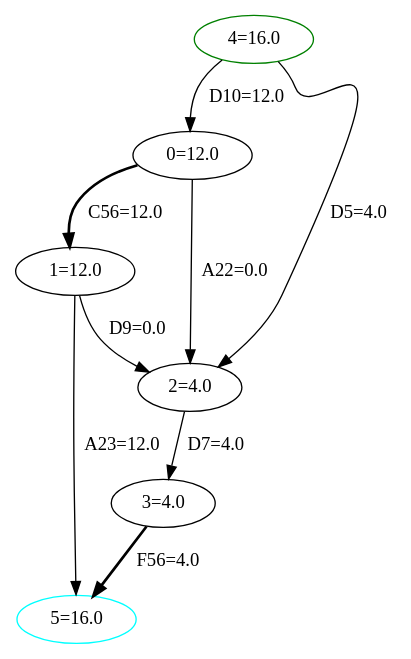
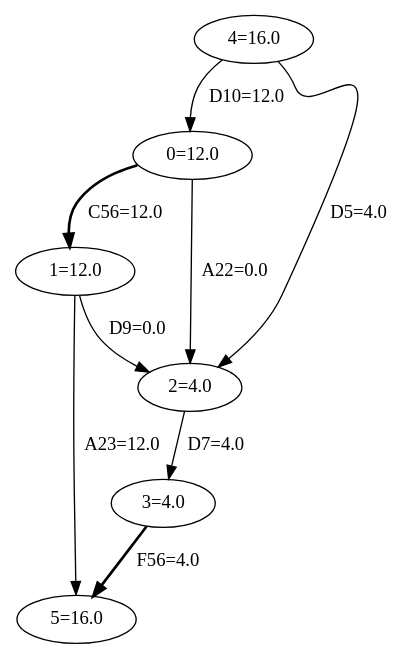
The diagram in java/EjemplosDeGrafos/ficheros/max_flow3_solution.gv (migueltoro/ada_v2_18), drawn with Graphviz before and after one commit. The commit also changed 4 other files, not shown here.

```diff
--- a/java/EjemplosDeGrafos/ficheros/max_flow3_solution.gv
+++ b/java/EjemplosDeGrafos/ficheros/max_flow3_solution.gv
@@ -1,16 +1,16 @@
 strict digraph G {
-  1 [ color="blank" label="0=12.0" ];
-  2 [ color="blank" label="1=12.0" ];
-  3 [ color="blank" label="2=4.0" ];
-  4 [ color="blank" label="3=4.0" ];
-  5 [ color="green" label="4=16.0" ];
-  6 [ color="cyan" label="5=16.0" ];
+  1 [ label="0=12.0" ];
+  2 [ label="1=12.0" ];
+  3 [ label="2=4.0" ];
+  4 [ label="3=4.0" ];
+  5 [ label="4=16.0" ];
+  6 [ label="5=16.0" ];
   1 -> 3 [ style="solid" label="A22=0.0" ];
   1 -> 2 [ style="bold" label="C56=12.0" ];
   2 -> 3 [ style="solid" label="D9=0.0" ];
   3 -> 4 [ style="solid" label="D7=4.0" ];
   5 -> 1 [ style="solid" label="D10=12.0" ];
   5 -> 3 [ style="solid" label="D5=4.0" ];
   2 -> 6 [ style="solid" label="A23=12.0" ];
   4 -> 6 [ style="bold" label="F56=4.0" ];
 }
```
